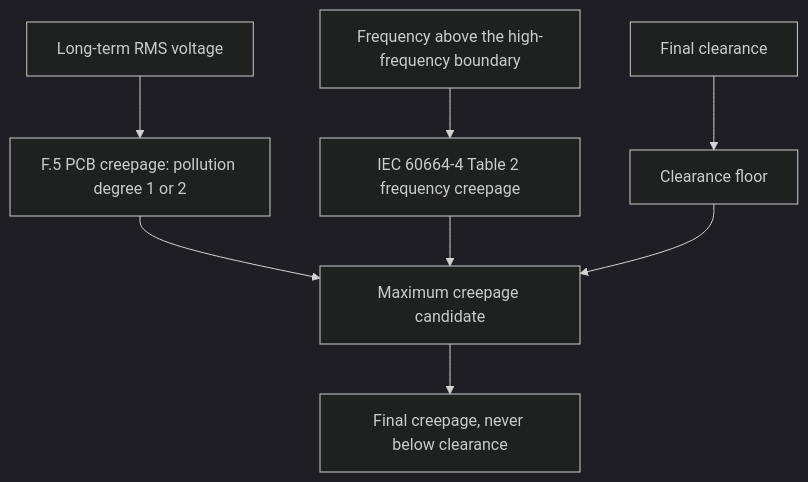
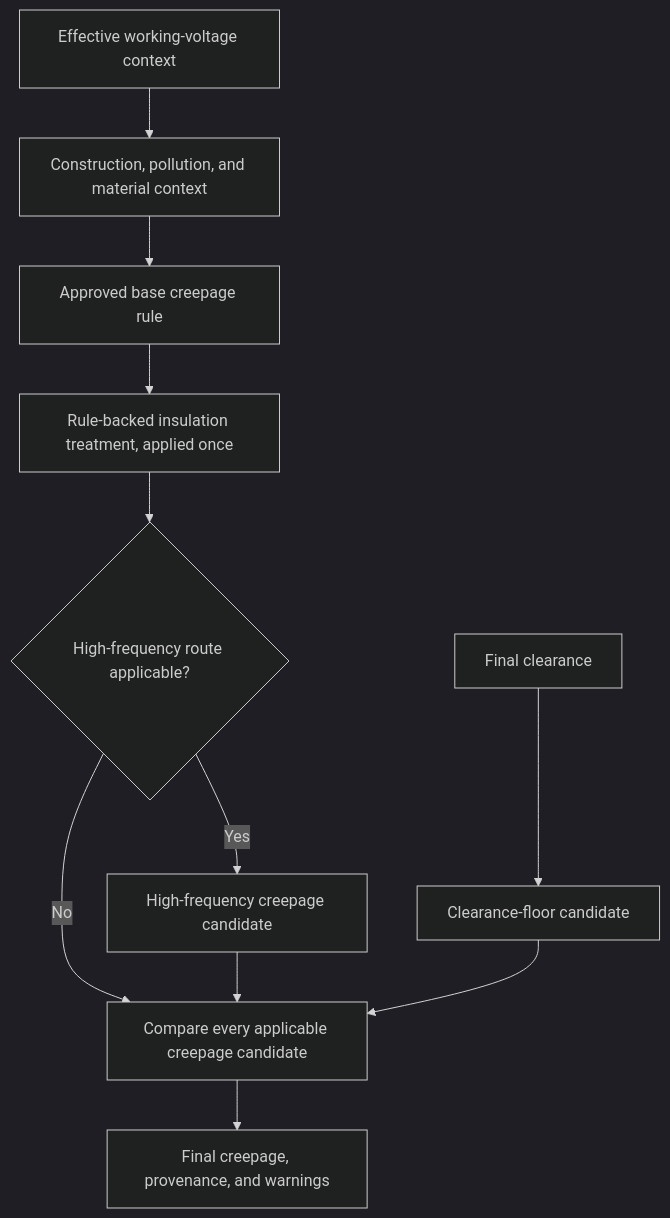
One commit to smarley2/insulation-coordination-calculator changed the fourth of 5 diagrams in README.md. Above: the diagram before and after it, drawn with Mermaid (dark theme). The commit also changed other lines of this file and 2 other files, not shown here.

First line of the commit message:
The README describes the calculator's own workflows, and a test keeps the figures out of them (#124)

````diff
--- a/README.md
+++ b/README.md
@@ -138,10 +214,13 @@
 ```mermaid
 flowchart TD
-    V["Long-term RMS voltage"] --> F5["F.5 PCB creepage: pollution degree 1 or 2"]
-    F["Frequency above the high-frequency boundary"] --> T2["IEC 60664-4 Table 2 frequency creepage"]
-    C["Final clearance"] --> FLOOR["Clearance floor"]
-    F5 --> MAX["Maximum creepage candidate"]
-    T2 --> MAX
-    FLOOR --> MAX
-    MAX --> RESULT["Final creepage, never below clearance"]
+    W["Effective working-voltage context"] --> CTX["Construction, pollution, and material context"]
+    CTX --> BASE["Approved base creepage rule"]
+    BASE --> RT["Rule-backed insulation treatment, applied once"]
+    RT --> HF{"High-frequency route applicable?"}
+    HF -- "Yes" --> HFC["High-frequency creepage candidate"]
+    HF -- "No" --> CMP["Compare every applicable creepage candidate"]
+    HFC --> CMP
+    FCL["Final clearance"] --> FLOOR["Clearance-floor candidate"]
+    FLOOR --> CMP
+    CMP --> OUT["Final creepage, provenance, and warnings"]
 ```
````
